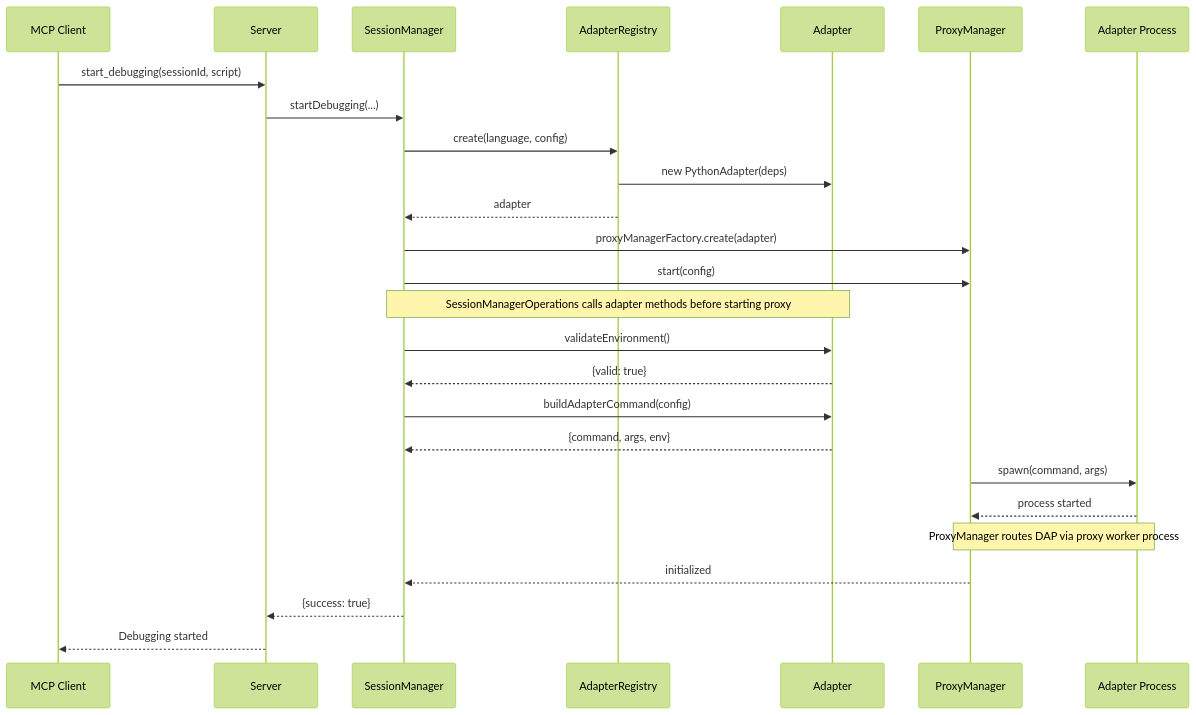
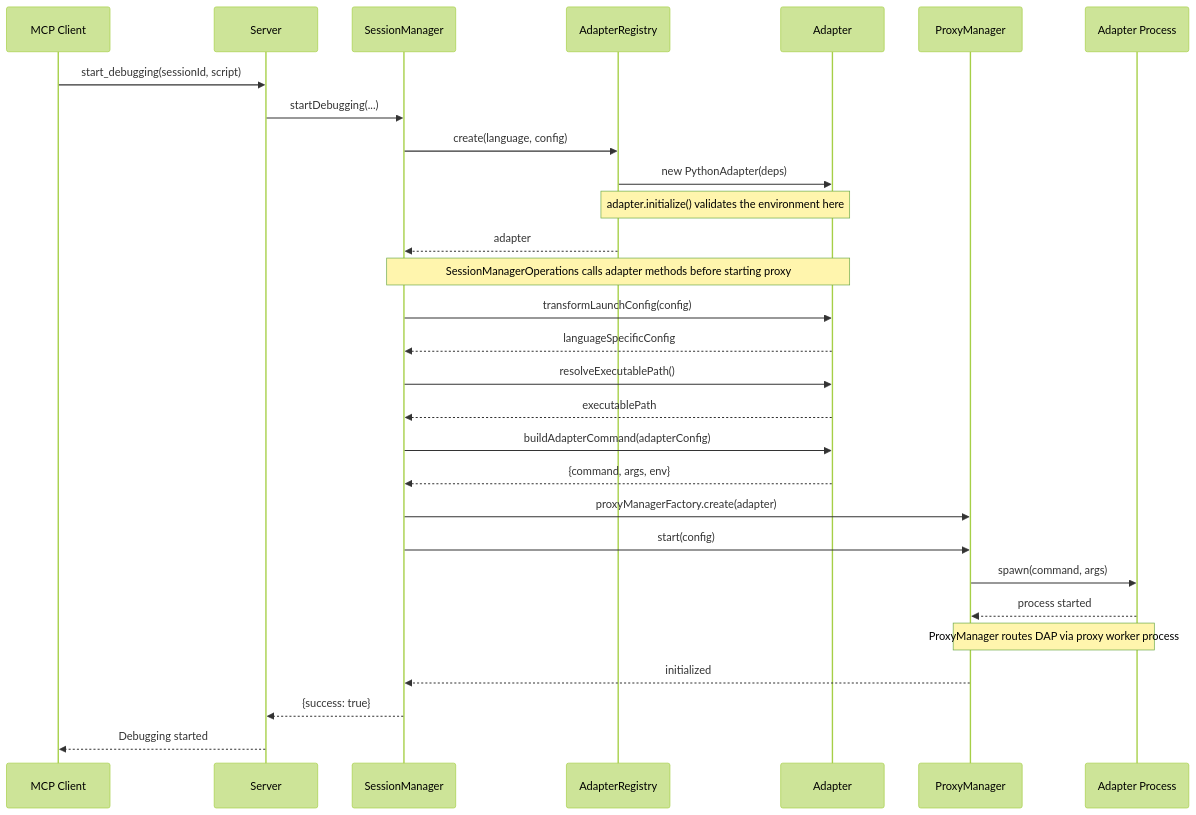
Before and after one commit to debugmcp/mcp-debugger: the third of 4 diagrams in docs/architecture/adapter-pattern-design.md, drawn with Mermaid (forest theme). The commit also changed other lines of this file and 111 other files, not shown here.

````diff
--- a/docs/architecture/adapter-pattern-design.md
+++ b/docs/architecture/adapter-pattern-design.md
@@ -209,34 +209,37 @@
 ```mermaid
 sequenceDiagram
     participant C as MCP Client
     participant S as Server
     participant SM as SessionManager
     participant AR as AdapterRegistry
     participant A as Adapter
     participant PM as ProxyManager
     participant AP as Adapter Process
     
     C->>S: start_debugging(sessionId, script)
     S->>SM: startDebugging(...)
     SM->>AR: create(language, config)
     AR->>A: new PythonAdapter(deps)
+    Note over AR,A: adapter.initialize() validates the environment here
     AR-->>SM: adapter
+
+    Note over SM,A: SessionManagerOperations calls adapter methods before starting proxy
+    SM->>A: transformLaunchConfig(config)
+    A-->>SM: languageSpecificConfig
+    SM->>A: resolveExecutablePath()
+    A-->>SM: executablePath
+    SM->>A: buildAdapterCommand(adapterConfig)
+    A-->>SM: {command, args, env}
 
     SM->>PM: proxyManagerFactory.create(adapter)
     SM->>PM: start(config)
 
-    Note over SM,A: SessionManagerOperations calls adapter methods before starting proxy
-    SM->>A: validateEnvironment()
-    A-->>SM: {valid: true}
-    SM->>A: buildAdapterCommand(config)
-    A-->>SM: {command, args, env}
-    
     PM->>AP: spawn(command, args)
     AP-->>PM: process started
     
     Note over PM,AP: ProxyManager routes DAP via proxy worker process
 
     PM-->>SM: initialized
     SM-->>S: {success: true}
     S-->>C: Debugging started
 ```
````
